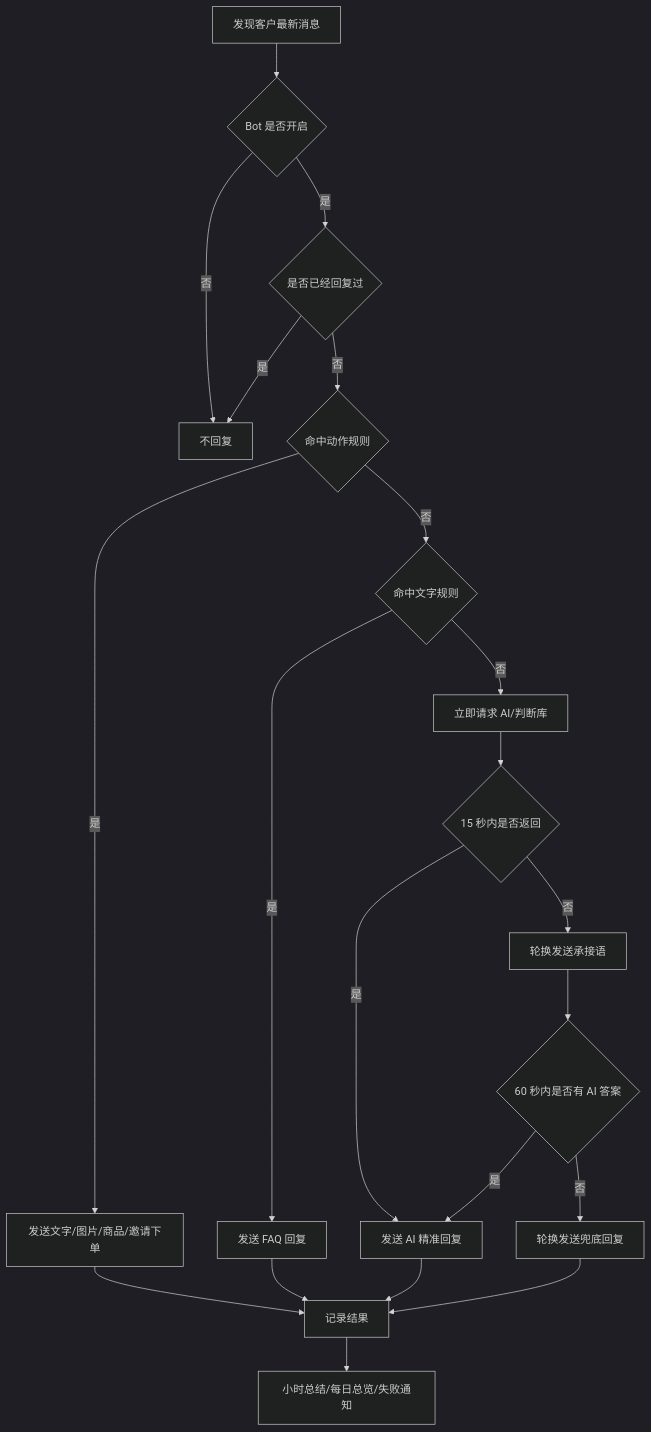
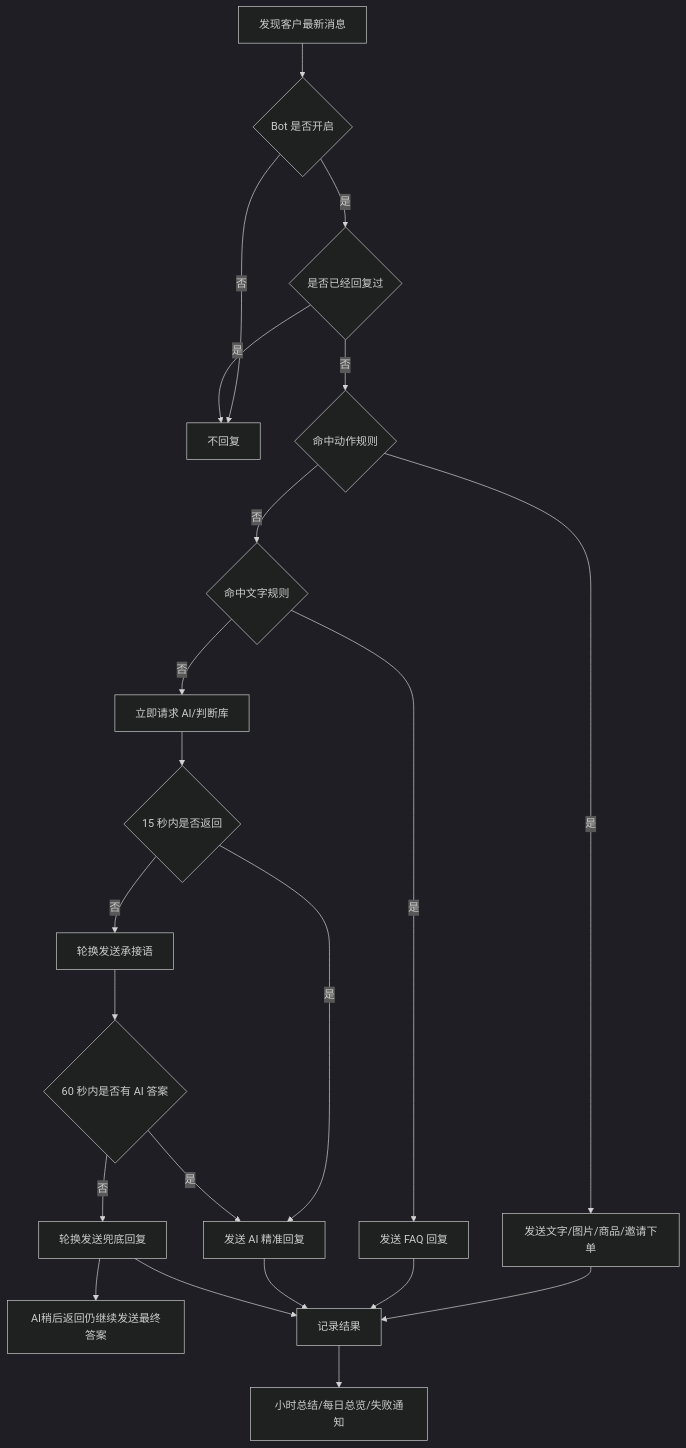
One commit to JahanHe/wechat-autoreply changed the second of 2 diagrams in README.md. Above: the diagram before and after it, drawn with Mermaid (dark theme). The commit also changed other lines of this file and 17 other files, not shown here.

````diff
--- a/README.md
+++ b/README.md
@@ -63,23 +65,24 @@
 ```mermaid
 flowchart TD
   A["发现客户最新消息"] --> B{"Bot 是否开启"}
   B -- "否" --> Z["不回复"]
   B -- "是" --> C{"是否已经回复过"}
   C -- "是" --> Z
   C -- "否" --> D{"命中动作规则"}
   D -- "是" --> E["发送文字/图片/商品/邀请下单"]
   D -- "否" --> F{"命中文字规则"}
   F -- "是" --> G["发送 FAQ 回复"]
   F -- "否" --> H["立即请求 AI/判断库"]
   H --> K{"15 秒内是否返回"}
   K -- "否" --> L["轮换发送承接语"]
   K -- "是" --> N["发送 AI 精准回复"]
   L --> M{"60 秒内是否有 AI 答案"}
   M -- "是" --> N
   M -- "否" --> O["轮换发送兜底回复"]
+  O --> P["AI稍后返回仍继续发送最终答案"]
   E --> I["记录结果"]
   G --> I
   N --> I
   O --> I
   I --> J["小时总结/每日总览/失败通知"]
 ```
````
